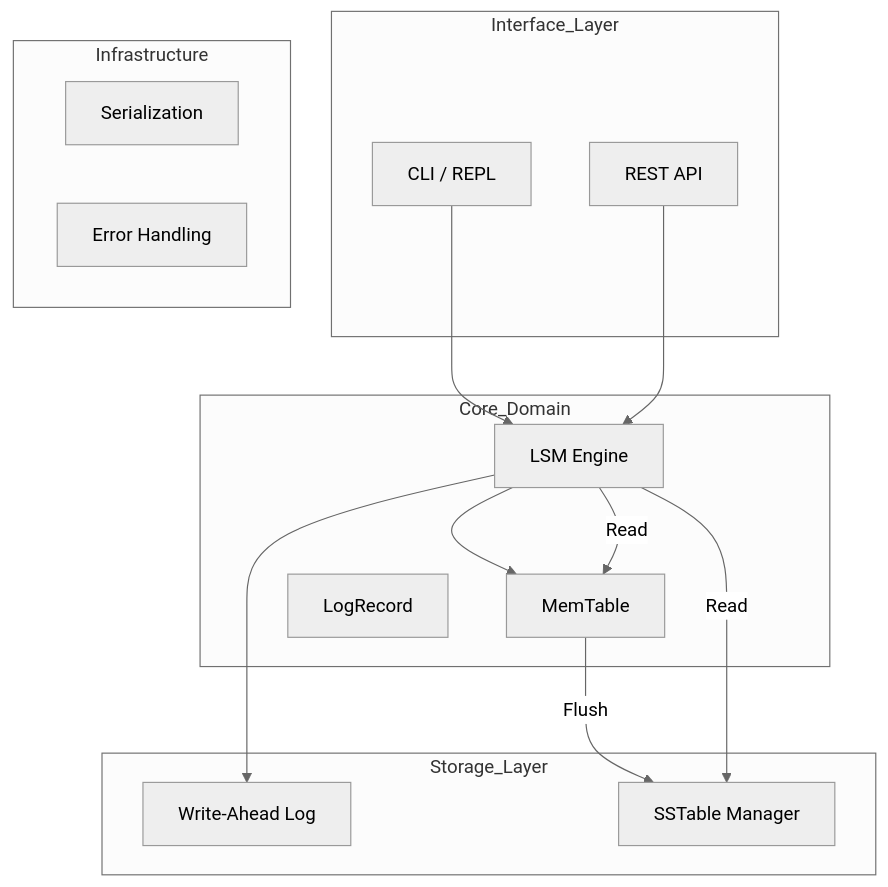
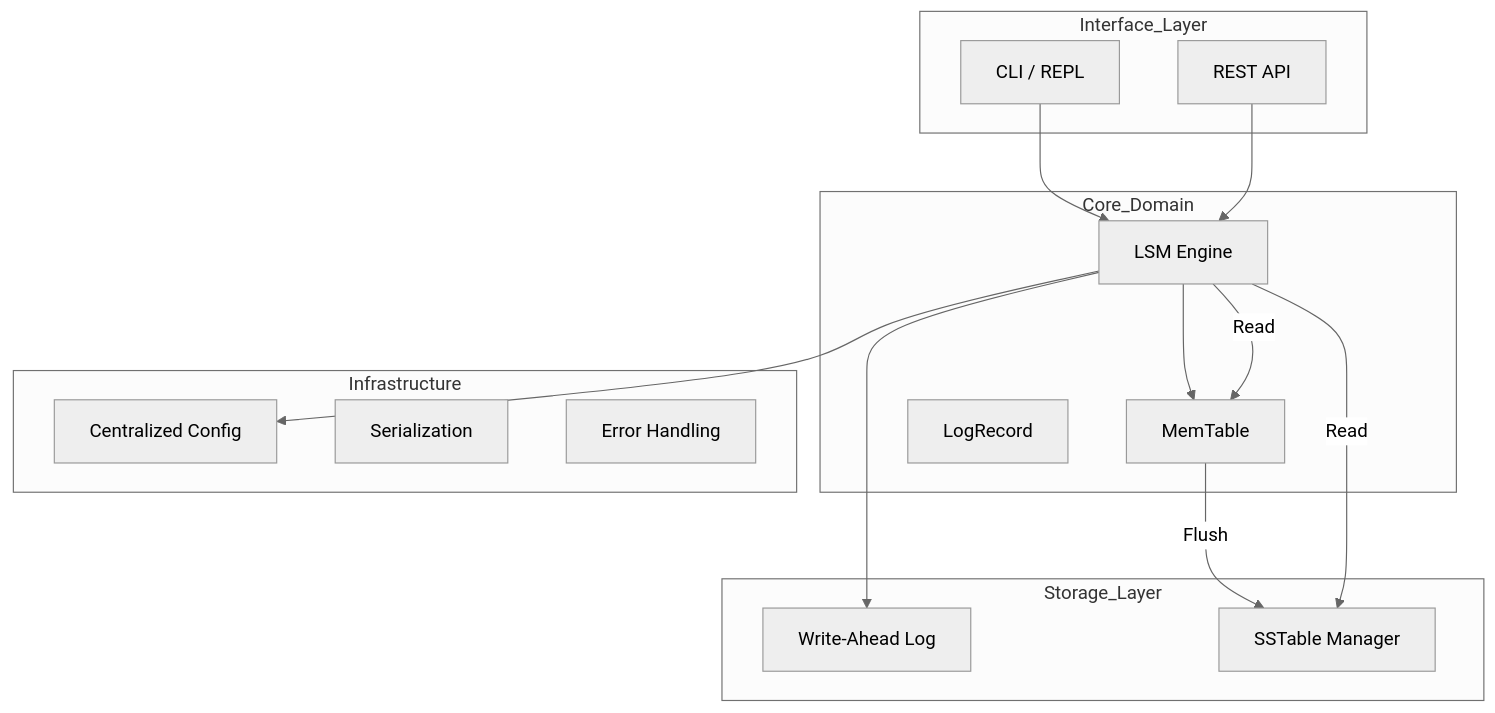
Before and after one commit to ElioNeto/lsm-kv-store: the diagram in README.md, drawn with Mermaid (neutral theme). The commit also changed other lines of this file, not shown here.

Commit message:
docs: update README with centralized config and improvements

````diff
--- a/README.md
+++ b/README.md
@@ -16,28 +31,30 @@
 ```mermaid
 graph TD
     subgraph Interface_Layer
         CLI[CLI / REPL]
         API[REST API]
     end
 
     subgraph Core_Domain
         Engine[LSM Engine]
         MemTable[MemTable]
         LogRecord[LogRecord]
     end
 
     subgraph Storage_Layer
         WAL[Write-Ahead Log]
         SST[SSTable Manager]
     end
 
     subgraph Infrastructure
+        Config[Centralized Config]
         Codec[Serialization]
         Error[Error Handling]
     end
 
     CLI & API --> Engine
     Engine --> WAL & MemTable
     MemTable -- Flush --> SST
     Engine -- Read --> MemTable & SST
+    Engine --> Config
 ```
````
